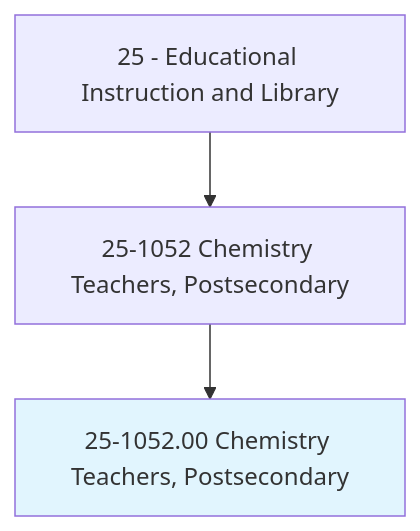
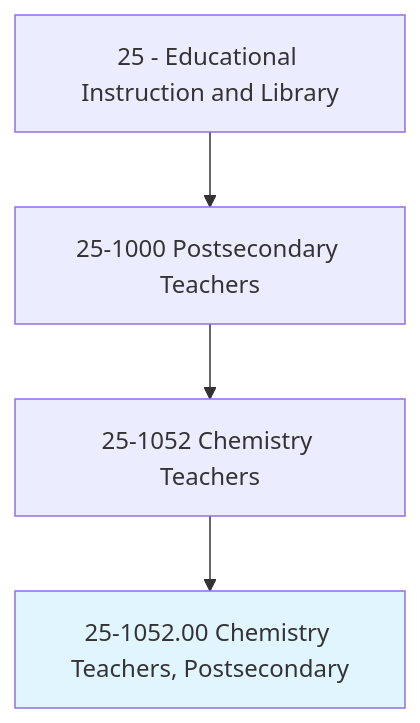
Before and after one commit to kziemski/business.org.ai: the first of 4 diagrams in occupations/Education/ChemistryTeachersPostsecondary.mdx, drawn with Mermaid. The commit also changed other lines of this file and 938 other files, not shown here.

````diff
--- a/occupations/Education/ChemistryTeachersPostsecondary.mdx
+++ b/occupations/Education/ChemistryTeachersPostsecondary.mdx
@@ -19,6 +23,7 @@
 ```mermaid
 graph TD
-    Cat25["25 - Educational Instruction and Library"] --> Group251052["25-1052 Chemistry Teachers, Postsecondary"]
+    Cat25["25 - Educational Instruction and Library"] --> Group251["25-1000 Postsecondary Teachers"]
+    Group251 --> Group251052["25-1052 Chemistry Teachers"]
     Group251052 --> Current["25-1052.00 Chemistry Teachers, Postsecondary"]
     style Current fill:#e1f5fe
 ```
````
